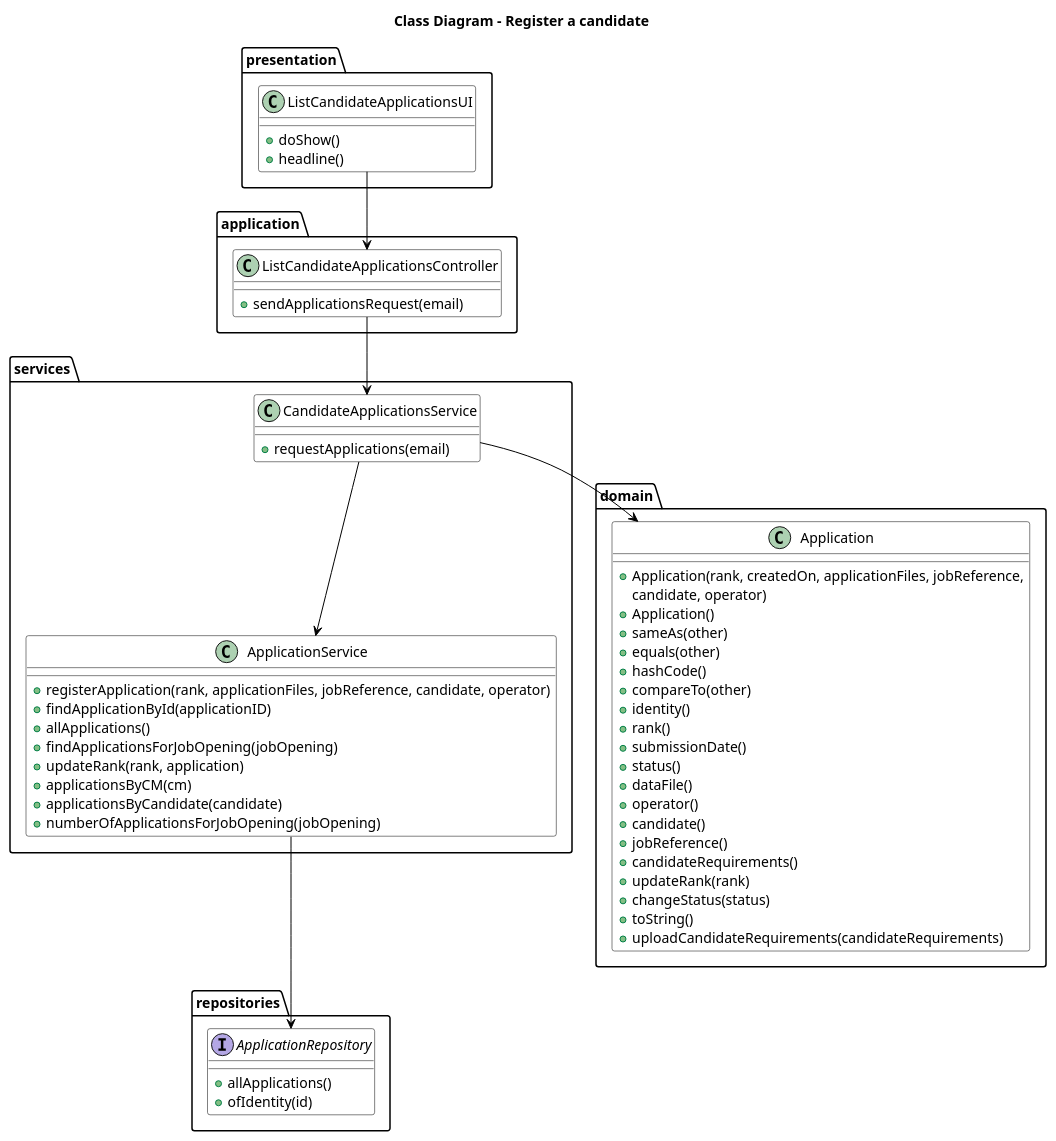
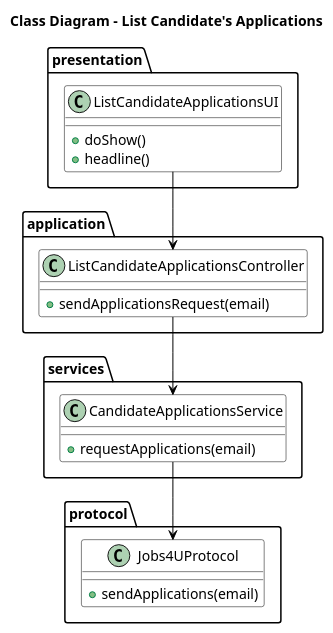
One commit to MiguelCardoso77/LAPR4 changed the diagram in docs/SprintC/9-list-candidate-applications/class-diagram.puml. Above: the diagram before and after it, drawn with PlantUML. The commit also changed 8 other files, not shown here.

Commit message:
documentation for list all candidate applications #35

```diff
--- a/docs/SprintC/9-list-candidate-applications/class-diagram.puml
+++ b/docs/SprintC/9-list-candidate-applications/class-diagram.puml
@@ -1,86 +1,47 @@
 @startuml
 skinparam class {
     BackgroundColor White
     ArrowColor Black
     BorderColor Black
     FontColor Black
     FontSize 14
 }
 
-Title "Class Diagram - Register a candidate"
+Title "Class Diagram - List Candidate's Applications"
 
 package "presentation" {
     class ListCandidateApplicationsUI {
         + doShow()
         + headline()
     }
 }
 
 package "application" {
     class ListCandidateApplicationsController {
         + sendApplicationsRequest(email)
     }
 }
 
-package "repositories" {
-    interface ApplicationRepository {
-        + allApplications()
-        + ofIdentity(id)
-    }
-}
-
-package "domain" {
-    class Application {
-        + Application(rank, createdOn, applicationFiles, jobReference,
-            candidate, operator)
-        + Application()
-        + sameAs(other)
-        + equals(other)
-        + hashCode()
-        + compareTo(other)
-        + identity()
-        + rank()
-        + submissionDate()
-        + status()
-        + dataFile()
-        + operator()
-        + candidate()
-        + jobReference()
-        + candidateRequirements()
-        + updateRank(rank)
-        + changeStatus(status)
-        + toString()
-        + uploadCandidateRequirements(candidateRequirements)
-    }
-}
 
 package "services" {
     class CandidateApplicationsService {
         + requestApplications(email)
     }
+}
 
-    class ApplicationService {
-        + registerApplication(rank, applicationFiles, jobReference, candidate, operator)
-        + findApplicationById(applicationID)
-        + allApplications()
-        + findApplicationsForJobOpening(jobOpening)
-        + updateRank(rank, application)
-        + applicationsByCM(cm)
-        + applicationsByCandidate(candidate)
-        + numberOfApplicationsForJobOpening(jobOpening)
+package "protocol" {
+    class Jobs4UProtocol {
+        + sendApplications(email)
     }
 }
 
 ListCandidateApplicationsUI --> ListCandidateApplicationsController
 
 ListCandidateApplicationsController --> CandidateApplicationsService
 
-CandidateApplicationsService --> ApplicationService
+CandidateApplicationsService --> Jobs4UProtocol
 
-CandidateApplicationsService --> Application
-
-ApplicationService --> ApplicationRepository
 
 
 
 @enduml
```
